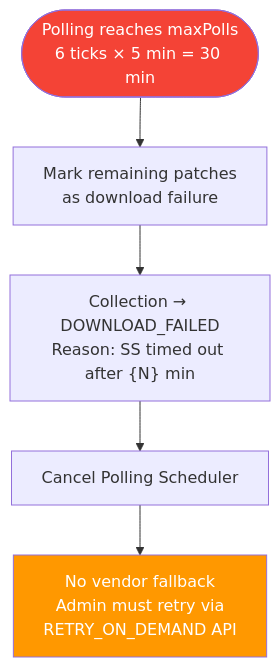
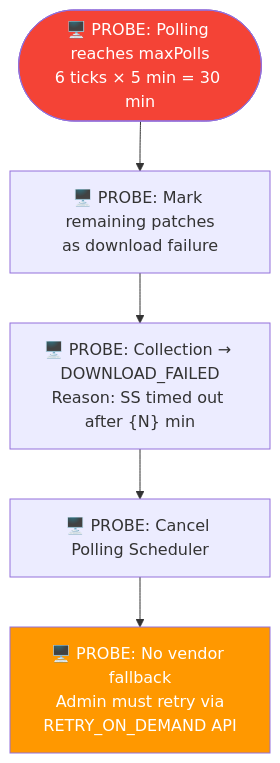
The ninth of 29 diagrams in use-case-diagrams.md (ranjithkumar-a-23525/RebaseEx), drawn with Mermaid before and after one commit. The commit also changed other lines of this file, not shown here.

````diff
--- a/use-case-diagrams.md
+++ b/use-case-diagrams.md
@@ -178,10 +178,10 @@
 ```mermaid
 flowchart TD
-    A([Polling reaches maxPolls<br/>6 ticks × 5 min = 30 min]) --> B[Mark remaining patches<br/>as download failure]
-    B --> C["Collection → DOWNLOAD_FAILED<br/>Reason: SS timed out after {N} min"]
-    C --> D[Cancel Polling Scheduler]
-    D --> E[No vendor fallback<br/>Admin must retry via<br/>RETRY_ON_DEMAND API]
+    A(["🖥️ PROBE: Polling reaches maxPolls<br/>6 ticks × 5 min = 30 min"]) --> B["🖥️ PROBE: Mark remaining patches<br/>as download failure"]
+    B --> C["🖥️ PROBE: Collection → DOWNLOAD_FAILED<br/>Reason: SS timed out after {N} min"]
+    C --> D["🖥️ PROBE: Cancel Polling Scheduler"]
+    D --> E["🖥️ PROBE: No vendor fallback<br/>Admin must retry via<br/>RETRY_ON_DEMAND API"]
 
     style A fill:#f44336,color:#fff
     style E fill:#FF9800,color:#fff
 ```
````
